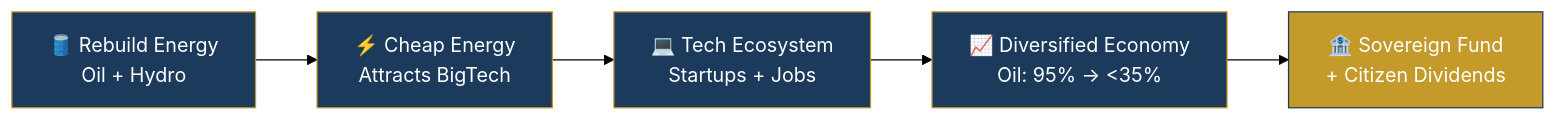
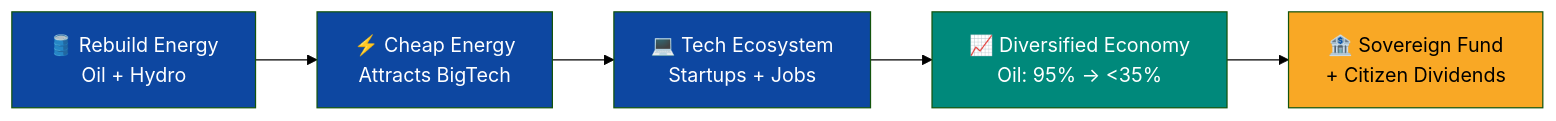
One commit to Venezuela-S-A/venezuela-sa changed the first of 2 diagrams in docs/09-investors/executive-summary.md. Above: the diagram before and after it, drawn with Mermaid (forest theme). The commit also changed 127 other files, not shown here.

````diff
--- a/docs/09-investors/executive-summary.md
+++ b/docs/09-investors/executive-summary.md
@@ -30,13 +30,13 @@
 ```mermaid
 flowchart LR
     A["🛢️ Rebuild Energy<br/>Oil + Hydro"] --> B["⚡ Cheap Energy<br/>Attracts BigTech"]
     B --> C["💻 Tech Ecosystem<br/>Startups + Jobs"]
     C --> D["📈 Diversified Economy<br/>Oil: 95% → <35%"]
     D --> E["🏦 Sovereign Fund<br/>+ Citizen Dividends"]
 
-    style A fill:#1B3A5C,stroke:#C49A2A,color:#fff
-    style B fill:#1B3A5C,stroke:#C49A2A,color:#fff
-    style C fill:#1B3A5C,stroke:#C49A2A,color:#fff
-    style D fill:#1B3A5C,stroke:#C49A2A,color:#fff
-    style E fill:#C49A2A,stroke:#1B3A5C,color:#fff
+    style A fill:#0D47A1,color:#fff
+    style B fill:#0D47A1,color:#fff
+    style C fill:#0D47A1,color:#fff
+    style D fill:#00897B,color:#fff
+    style E fill:#F9A825,color:#000
 ```
````
